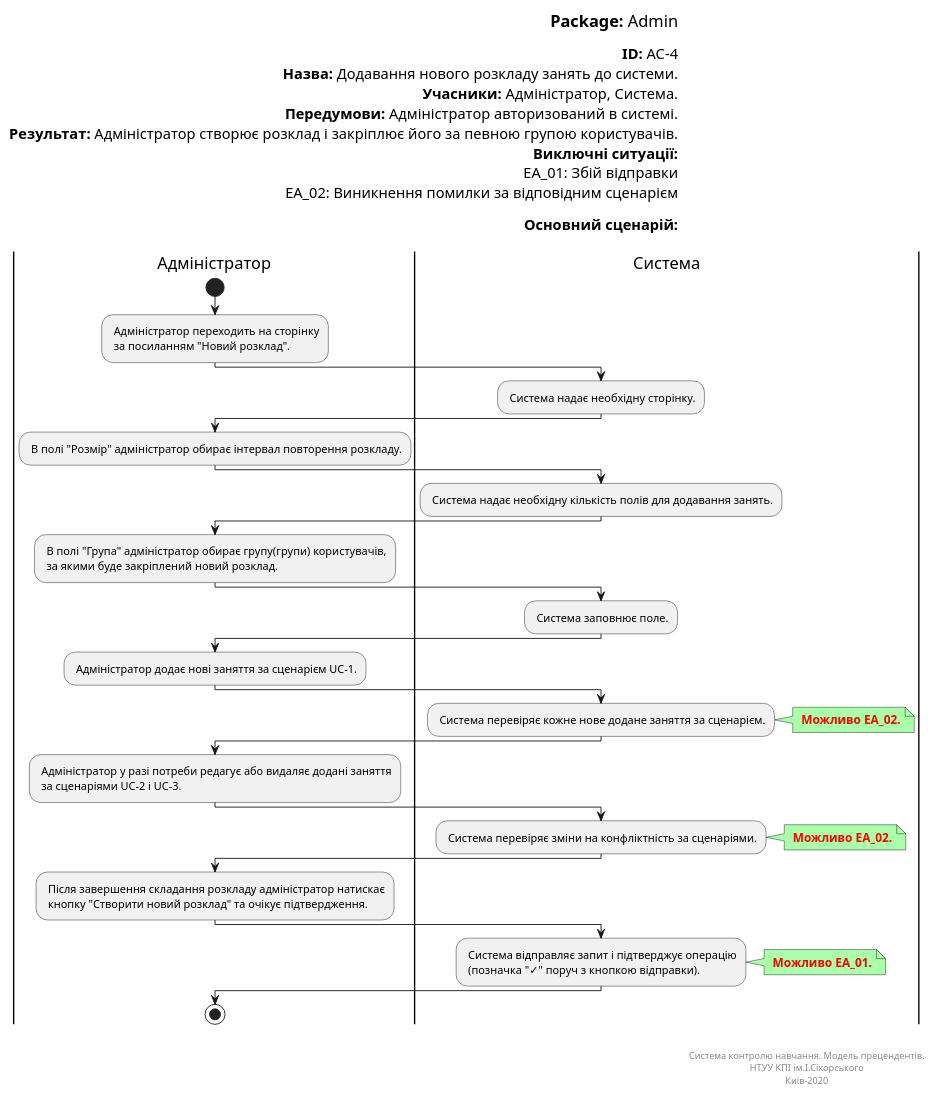
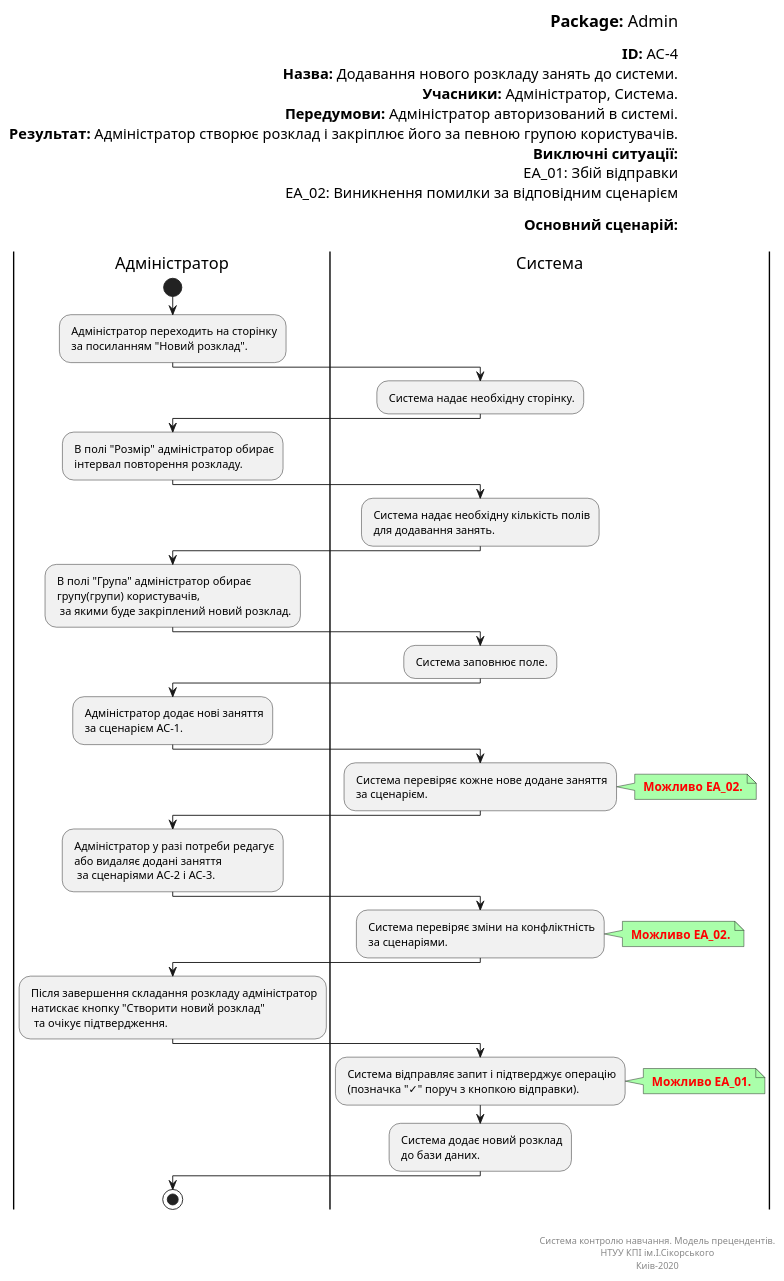
The diagram in docs/UML_Diagrams/scenarios/admin/src/add_schedule.pu (vladlinu/TeamOne), drawn with PlantUML before and after one commit. The commit also changed 15 other files, not shown here.

```diff
--- a/docs/UML_Diagrams/scenarios/admin/src/add_schedule.pu
+++ b/docs/UML_Diagrams/scenarios/admin/src/add_schedule.pu
@@ -1,82 +1,93 @@
 @startuml
 left header
 <font color=000 size=18><b>Package:</b> Admin
 
 <font color=000 size=16><b>ID:</b> AC-4
 <font color=000 size=16><b>Назва:</b> Додавання нового розкладу занять до системи.
 <font color=000 size=16><b>Учасники:</b> Адміністратор, Система.
 <font color=000 size=16><b>Передумови:</b> Адміністратор авторизований в системі.
 <font color=000 size=16><b>Результат:</b> Адміністратор створює розклад і закріплює його за певною групою користувачів.
 <font color=000 size=16><b>Виключні ситуації:</b>
 <font color=000 size=16> EA_01: Збій відправки
 <font color=000 size=16> EA_02: Виникнення помилки за відповідним сценарієм
 
 <font color=000 size=16><b>Основний сценарій:</b>
 
 end header
 
 |Адміністратор|
 start
 : Адміністратор переходить на сторінку 
  за посиланням "Новий розклад".;
 
 |Система|
 : Система надає необхідну сторінку.;
 
 |Адміністратор|
-: В полі "Розмір" адміністратор обирає інтервал повторення розкладу.;
+: В полі "Розмір" адміністратор обирає
+ інтервал повторення розкладу.;
 
 |Система|
-: Система надає необхідну кількість полів для додавання занять.;
+: Система надає необхідну кількість полів
+ для додавання занять.;
 
 |Адміністратор|
-: В полі "Група" адміністратор обирає групу(групи) користувачів, 
- за якими буде закріплений новий розклад.;
+: В полі "Група" адміністратор обирає
+ групу(групи) користувачів,
+  за якими буде закріплений новий розклад.;
 
 |Система|
 : Система заповнює поле.;
 
 |Адміністратор|
-: Адміністратор додає нові заняття за сценарієм UC-1.;
+: Адміністратор додає нові заняття
+ за сценарієм AC-1.;
 
 |Система|
-: Система перевіряє кожне нове додане заняття за сценарієм.;
+: Система перевіряє кожне нове додане заняття
+ за сценарієм.;
 
 note right #aaffaa
 <font color=red><b> Можливо EA_02.
 end note
 
 |Адміністратор|
-: Адміністратор у разі потреби редагує або видаляє додані заняття
- за сценаріями UC-2 і UC-3.;
+: Адміністратор у разі потреби редагує
+ або видаляє додані заняття
+  за сценаріями AC-2 і AC-3.;
 
 |Система|
-: Система перевіряє зміни на конфліктність за сценаріями.;
+: Система перевіряє зміни на конфліктність
+ за сценаріями.;
 
 note right #aaffaa
 <font color=red><b> Можливо EA_02.
 end note
 
 |Адміністратор|
-: Після завершення складання розкладу адміністратор натискає
- кнопку "Створити новий розклад" та очікує підтвердження.;
+: Після завершення складання розкладу адміністратор
+ натискає кнопку "Створити новий розклад"
+  та очікує підтвердження.;
 
 |Система|
 : Система відправляє запит і підтверджує операцію
  (позначка "✓" поруч з кнопкою відправки).;
 
 note right #aaffaa
 <font color=red><b> Можливо EA_01.
 end note
+
+: Система додає новий розклад
+ до бази даних.;
 
 |Адміністратор|
 stop;
 
 right footer
 
 
 Система контролю навчання. Модель прецендентів.
 НТУУ КПІ ім.І.Сікорського
 Киів-2020
 end footer
 @enduml
```
